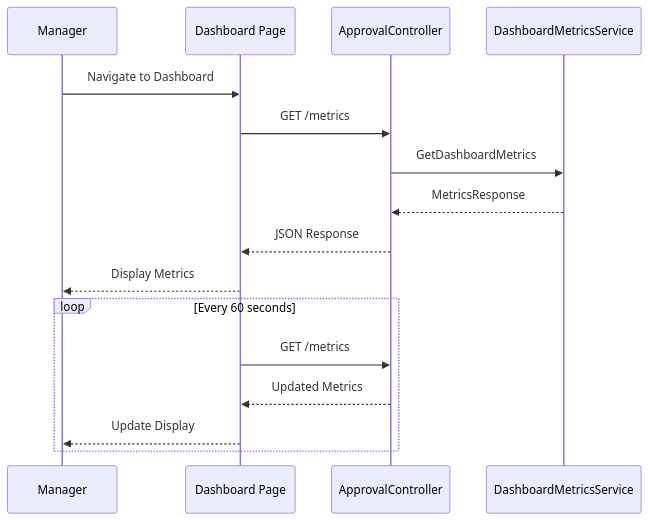
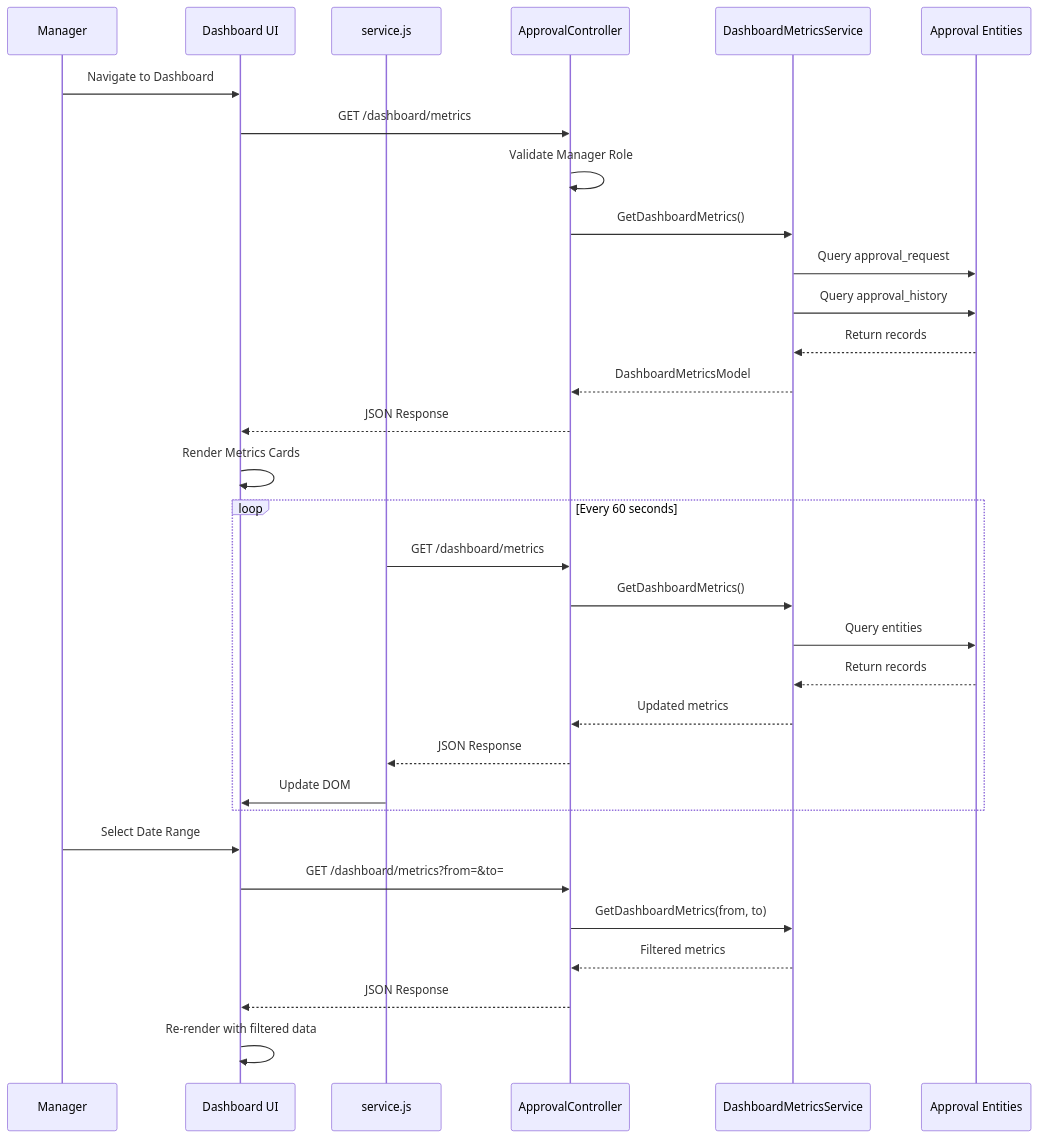
The fourth of 4 diagrams in blitzy/documentation/Technical Specifications.md (blitzy-public-samples/blitzy-WebVella-ERP), drawn with Mermaid before and after one commit. The commit also changed other lines of this file, not shown here.

````diff
--- a/blitzy/documentation/Technical Specifications.md
+++ b/blitzy/documentation/Technical Specifications.md
@@ -482,20 +677,37 @@
 ```mermaid
 sequenceDiagram
     participant M as Manager
-    participant D as Dashboard Page
+    participant UI as Dashboard UI
+    participant JS as service.js
     participant API as ApprovalController
-    participant S as DashboardMetricsService
+    participant SVC as DashboardMetricsService
+    participant DB as Approval Entities
     
-    M->>D: Navigate to Dashboard
-    D->>API: GET /metrics
-    API->>S: GetDashboardMetrics
-    S-->>API: MetricsResponse
-    API-->>D: JSON Response
-    D-->>M: Display Metrics
+    M->>UI: Navigate to Dashboard
+    UI->>API: GET /dashboard/metrics
+    API->>API: Validate Manager Role
+    API->>SVC: GetDashboardMetrics()
+    SVC->>DB: Query approval_request
+    SVC->>DB: Query approval_history
+    DB-->>SVC: Return records
+    SVC-->>API: DashboardMetricsModel
+    API-->>UI: JSON Response
+    UI->>UI: Render Metrics Cards
     
     loop Every 60 seconds
-        D->>API: GET /metrics
-        API-->>D: Updated Metrics
-        D-->>M: Update Display
+        JS->>API: GET /dashboard/metrics
+        API->>SVC: GetDashboardMetrics()
+        SVC->>DB: Query entities
+        DB-->>SVC: Return records
+        SVC-->>API: Updated metrics
+        API-->>JS: JSON Response
+        JS->>UI: Update DOM
     end
+    
+    M->>UI: Select Date Range
+    UI->>API: GET /dashboard/metrics?from=&to=
+    API->>SVC: GetDashboardMetrics(from, to)
+    SVC-->>API: Filtered metrics
+    API-->>UI: JSON Response
+    UI->>UI: Re-render with filtered data
 ```
````
